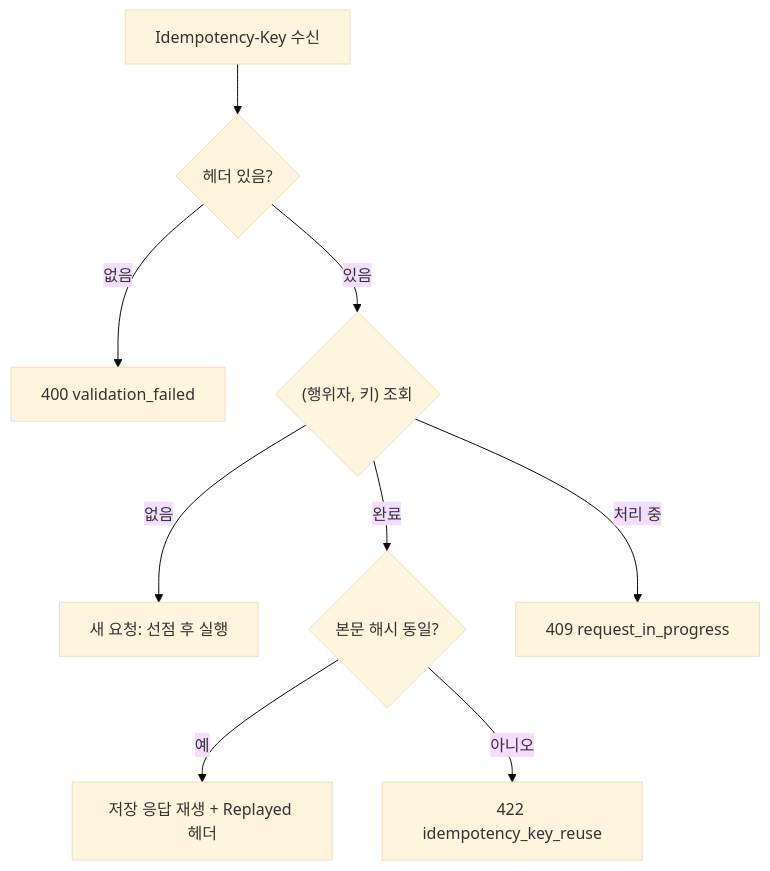
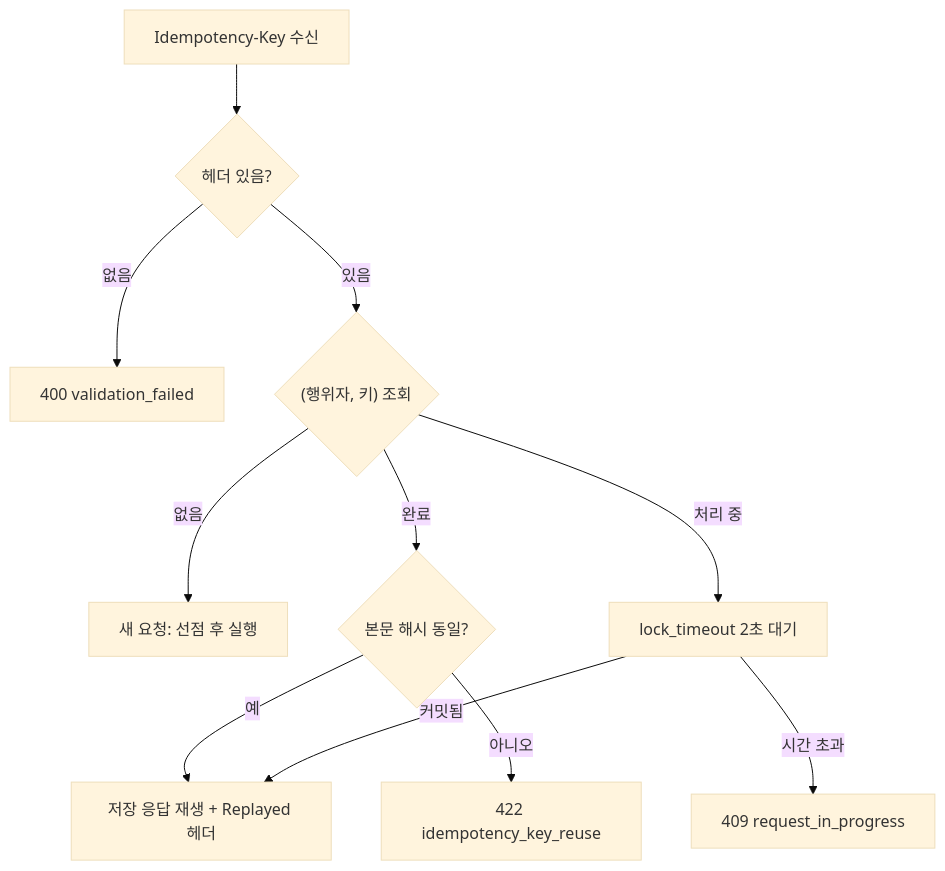
Before and after one commit to 1985jwlee/portpolio_backend: the fourth of 6 diagrams in docs/design/03-api-contract.md, drawn with Mermaid (base theme). The commit also changed other lines of this file and 27 other files, not shown here.

````diff
--- a/docs/design/03-api-contract.md
+++ b/docs/design/03-api-contract.md
@@ -294,11 +296,13 @@
 ```mermaid
 flowchart TD
     A["Idempotency-Key 수신"] --> B{"헤더 있음?"}
     B -- "없음" --> E1["400 validation_failed"]
     B -- "있음" --> C{"(행위자, 키) 조회"}
     C -- "없음" --> N["새 요청: 선점 후 실행"]
     C -- "완료" --> D{"본문 해시 동일?"}
     D -- "예" --> RP["저장 응답 재생 + Replayed 헤더"]
     D -- "아니오" --> E2["422 idempotency_key_reuse"]
-    C -- "처리 중" --> E3["409 request_in_progress"]
+    C -- "처리 중" --> W["lock_timeout 2초 대기"]
+    W -- "커밋됨" --> RP
+    W -- "시간 초과" --> E3["409 request_in_progress"]
 ```
````
